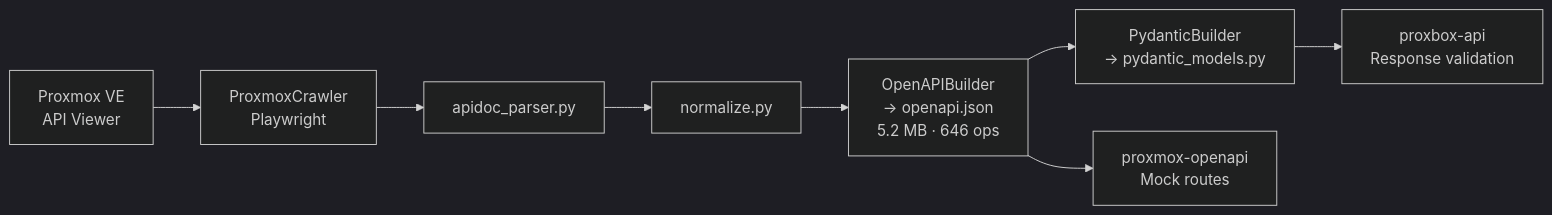
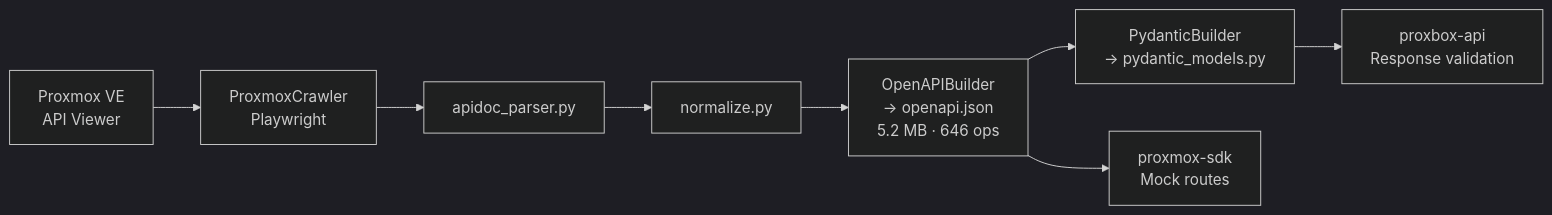
Before and after one commit to emersonfelipesp/proxmox-sdk: the fifth of 5 diagrams in docs/architecture.md, drawn with Mermaid (dark theme). The commit also changed other lines of this file and 286 other files, not shown here.

First line of the commit message:
refactor: rename Python module from proxmox_openapi to proxmox_sdk

````diff
--- a/docs/architecture.md
+++ b/docs/architecture.md
@@ -145,19 +145,19 @@
 ```mermaid
 flowchart LR
     PVE["Proxmox VE\nAPI Viewer"]
     CRAWL["ProxmoxCrawler\nPlaywright"]
     PARSE["apidoc_parser.py"]
     NORM["normalize.py"]
     OA["OpenAPIBuilder\n→ openapi.json\n5.2 MB · 646 ops"]
     PYD["PydanticBuilder\n→ pydantic_models.py"]
-    USE1["proxmox-openapi\nMock routes"]
+    USE1["proxmox-sdk\nMock routes"]
     USE2["proxbox-api\nResponse validation"]
 
     PVE --> CRAWL
     CRAWL --> PARSE
     PARSE --> NORM
     NORM --> OA
     OA --> PYD
     OA --> USE1
     PYD --> USE2
 ```
````
